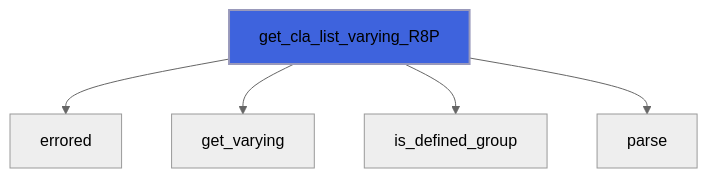
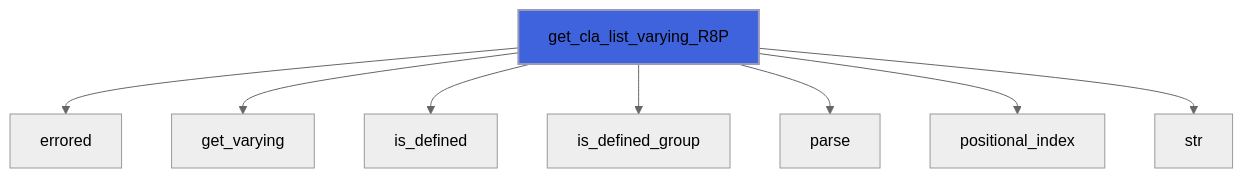
Before and after one commit to szaghi/FLAP: diagram 23 of 57 in docs/api/src/lib/flap_command_line_interface_t.md, drawn with Mermaid (neutral theme). The commit also changed other lines of this file and 17 other files, not shown here.

````diff
--- a/docs/api/src/lib/flap_command_line_interface_t.md
+++ b/docs/api/src/lib/flap_command_line_interface_t.md
@@ -656,8 +938,11 @@
 ```mermaid
 flowchart TD
   get_cla_list_varying_R8P["get_cla_list_varying_R8P"] --> errored["errored"]
   get_cla_list_varying_R8P["get_cla_list_varying_R8P"] --> get_varying["get_varying"]
+  get_cla_list_varying_R8P["get_cla_list_varying_R8P"] --> is_defined["is_defined"]
   get_cla_list_varying_R8P["get_cla_list_varying_R8P"] --> is_defined_group["is_defined_group"]
   get_cla_list_varying_R8P["get_cla_list_varying_R8P"] --> parse["parse"]
+  get_cla_list_varying_R8P["get_cla_list_varying_R8P"] --> positional_index["positional_index"]
+  get_cla_list_varying_R8P["get_cla_list_varying_R8P"] --> str["str"]
   style get_cla_list_varying_R8P fill:#3e63dd,stroke:#99b,stroke-width:2px
 ```
````
